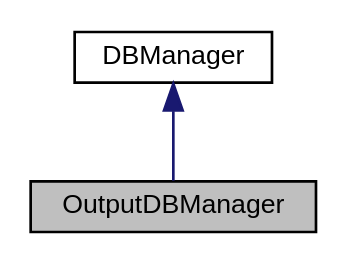
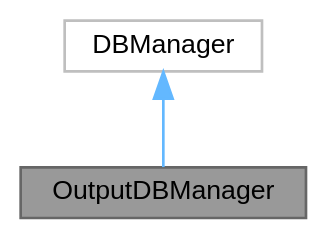
The diagram in classOutputDBManager__inherit__graph.dot (DanielaCabiddu/PHREESQL), drawn with Graphviz before and after one commit. The commit also changed 287 other files, not shown here.

```diff
--- a/classOutputDBManager__inherit__graph.dot
+++ b/classOutputDBManager__inherit__graph.dot
@@ -1,9 +1,10 @@
 digraph "OutputDBManager"
 {
  // LATEX_PDF_SIZE
-  edge [fontname="Helvetica",fontsize="10",labelfontname="Helvetica",labelfontsize="10"];
-  node [fontname="Helvetica",fontsize="10",shape=record];
-  Node1 [label="OutputDBManager",height=0.2,width=0.4,color="black", fillcolor="grey75", style="filled", fontcolor="black",tooltip="The OutputDBManager class."];
-  Node2 -> Node1 [dir="back",color="midnightblue",fontsize="10",style="solid",fontname="Helvetica"];
-  Node2 [label="DBManager",height=0.2,width=0.4,color="black", fillcolor="white", style="filled",URL="$classDBManager.html",tooltip=" "];
+  bgcolor="transparent";
+  edge [fontname=Helvetica,fontsize=10,labelfontname=Helvetica,labelfontsize=10];
+  node [fontname=Helvetica,fontsize=10,shape=box,height=0.2,width=0.4];
+  Node1 [id="Node000001",label="OutputDBManager",height=0.2,width=0.4,color="gray40", fillcolor="grey60", style="filled", fontcolor="black",tooltip="The OutputDBManager class."];
+  Node2 -> Node1 [id="edge1_Node000001_Node000002",dir="back",color="steelblue1",style="solid",tooltip=" "];
+  Node2 [id="Node000002",label="DBManager",height=0.2,width=0.4,color="grey75", fillcolor="white", style="filled",URL="$classDBManager.html",tooltip=" "];
 }
```
